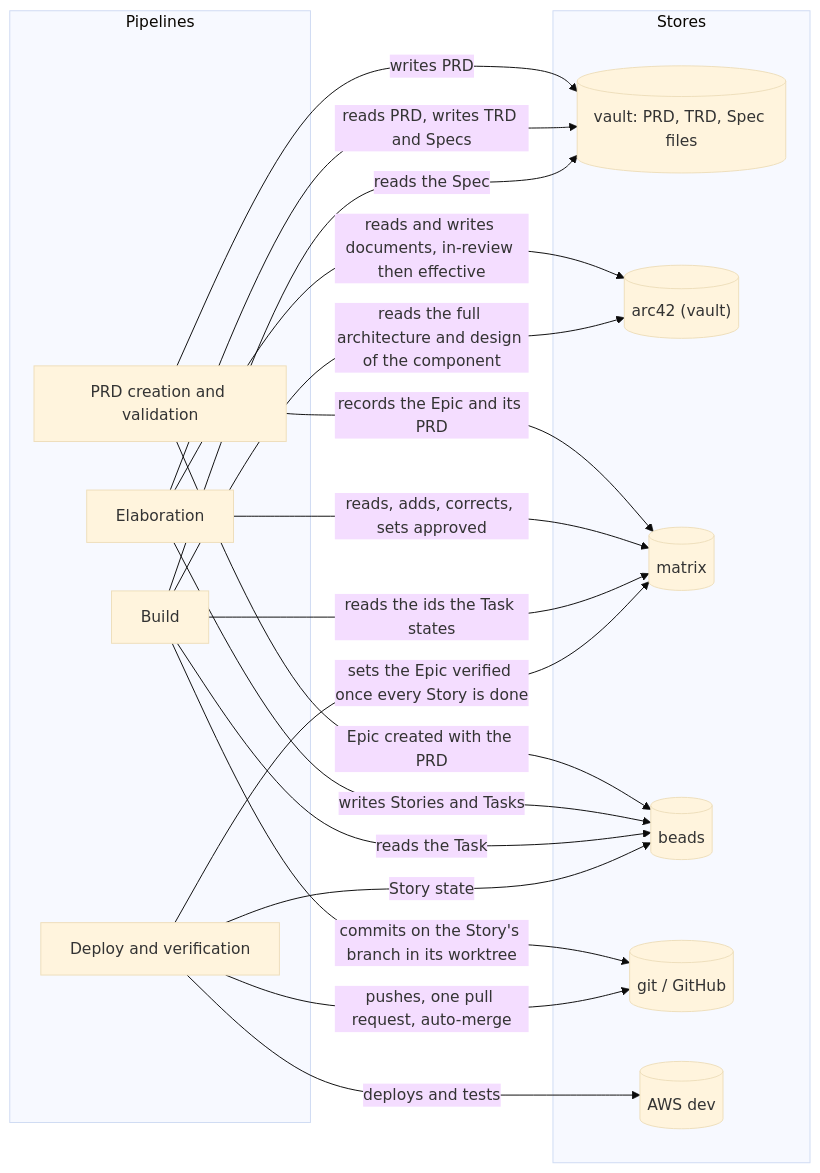
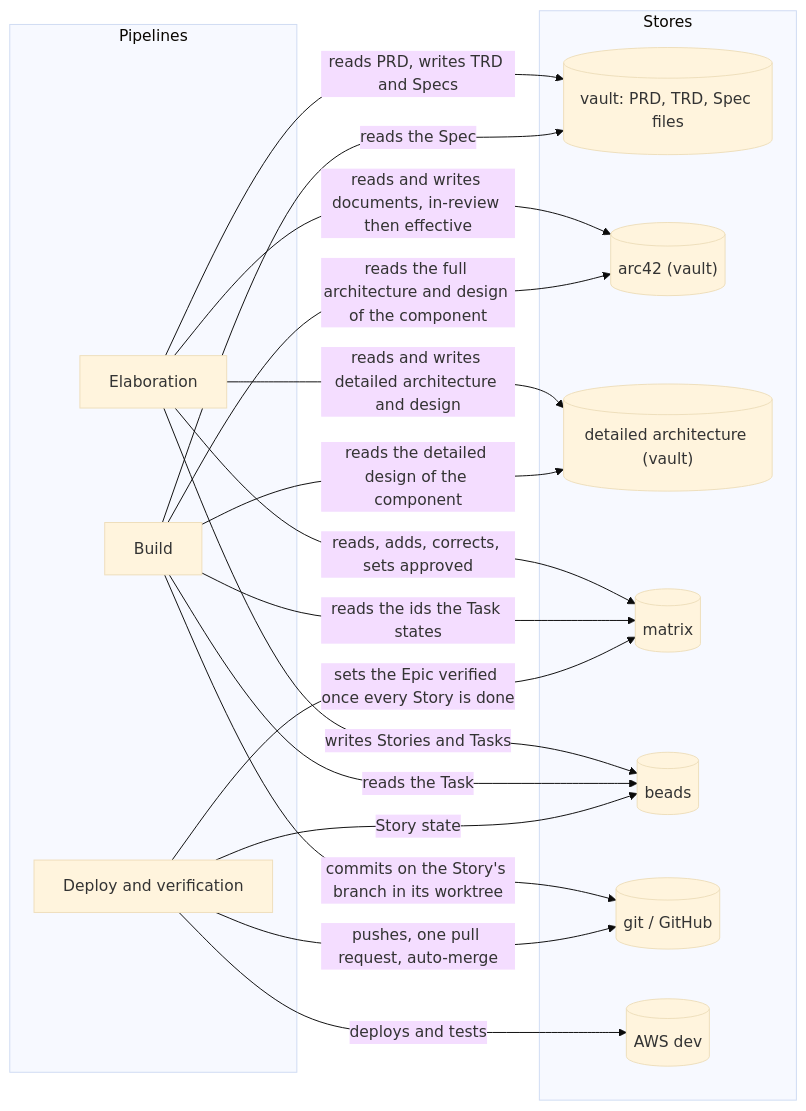
Before and after one commit to mark-satterfield/toolset: the second of 2 diagrams in plugins/agent-teams-workforce/blueprint/design/pipelines.md, drawn with Mermaid (base theme). The commit also changed other lines of this file and 4 other files, not shown here.

First line of the commit message:
docs(blueprint): start the pipelines at a ready Epic and home detailed architecture outside arc42

````diff
--- a/plugins/agent-teams-workforce/blueprint/design/pipelines.md
+++ b/plugins/agent-teams-workforce/blueprint/design/pipelines.md
@@ -104,33 +106,32 @@
 ```mermaid
 flowchart LR
     subgraph P["Pipelines"]
-        PRD["PRD creation and validation"]
         EL["Elaboration"]
         BU["Build"]
         DE["Deploy and verification"]
     end
     subgraph S["Stores"]
         V[("vault: PRD, TRD, Spec files")]
         A42[("arc42 (vault)")]
+        DA[("detailed architecture (vault)")]
         MX[("matrix")]
         BD[("beads")]
         G[("git / GitHub")]
         AWS[("AWS dev")]
     end
-    PRD -->|"writes PRD"| V
-    PRD -->|"Epic created with the PRD"| BD
-    PRD -->|"records the Epic and its PRD"| MX
     EL -->|"reads PRD, writes TRD and Specs"| V
     EL -->|"reads and writes documents, in-review then effective"| A42
+    EL -->|"reads and writes detailed architecture and design"| DA
     EL -->|"reads, adds, corrects, sets approved"| MX
     EL -->|"writes Stories and Tasks"| BD
     BU -->|"reads the Task"| BD
     BU -->|"reads the Spec"| V
     BU -->|"reads the full architecture and design of the component"| A42
+    BU -->|"reads the detailed design of the component"| DA
     BU -->|"reads the ids the Task states"| MX
     BU -->|"commits on the Story's branch in its worktree"| G
     DE -->|"deploys and tests"| AWS
     DE -->|"pushes, one pull request, auto-merge"| G
     DE -->|"sets the Epic verified once every Story is done"| MX
     DE -->|"Story state"| BD
 ```
````
